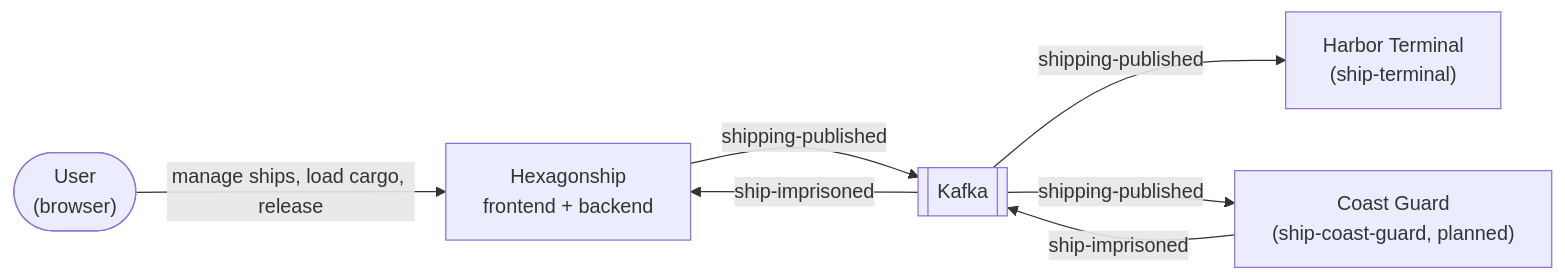
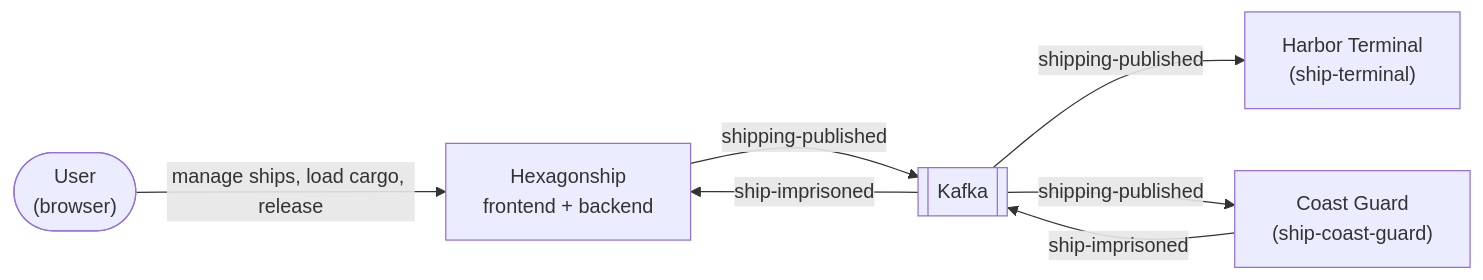
Before and after one commit to maurizio100/ddd-ship: the first of 2 diagrams in docs/arc42/03-context.md, drawn with Mermaid. The commit also changed other lines of this file and 132 other files, not shown here.

First line of the commit message:
EPIC-005: The Coast Guard (#323)

````diff
--- a/docs/arc42/03-context.md
+++ b/docs/arc42/03-context.md
@@ -7,14 +7,14 @@
 ```mermaid
 flowchart LR
     User(["User<br/>(browser)"])
     HS["Hexagonship<br/>frontend + backend"]
     Term["Harbor Terminal<br/>(ship-terminal)"]
     Kafka[["Kafka"]]
     User -->|"manage ships, load cargo, release"| HS
     HS -->|"shipping-published"| Kafka
     Kafka -->|"shipping-published"| Term
-    CG["Coast Guard<br/>(ship-coast-guard, planned)"]
+    CG["Coast Guard<br/>(ship-coast-guard)"]
     Kafka -->|"shipping-published"| CG
     CG -->|"ship-imprisoned"| Kafka
     Kafka -->|"ship-imprisoned"| HS
 ```
````
